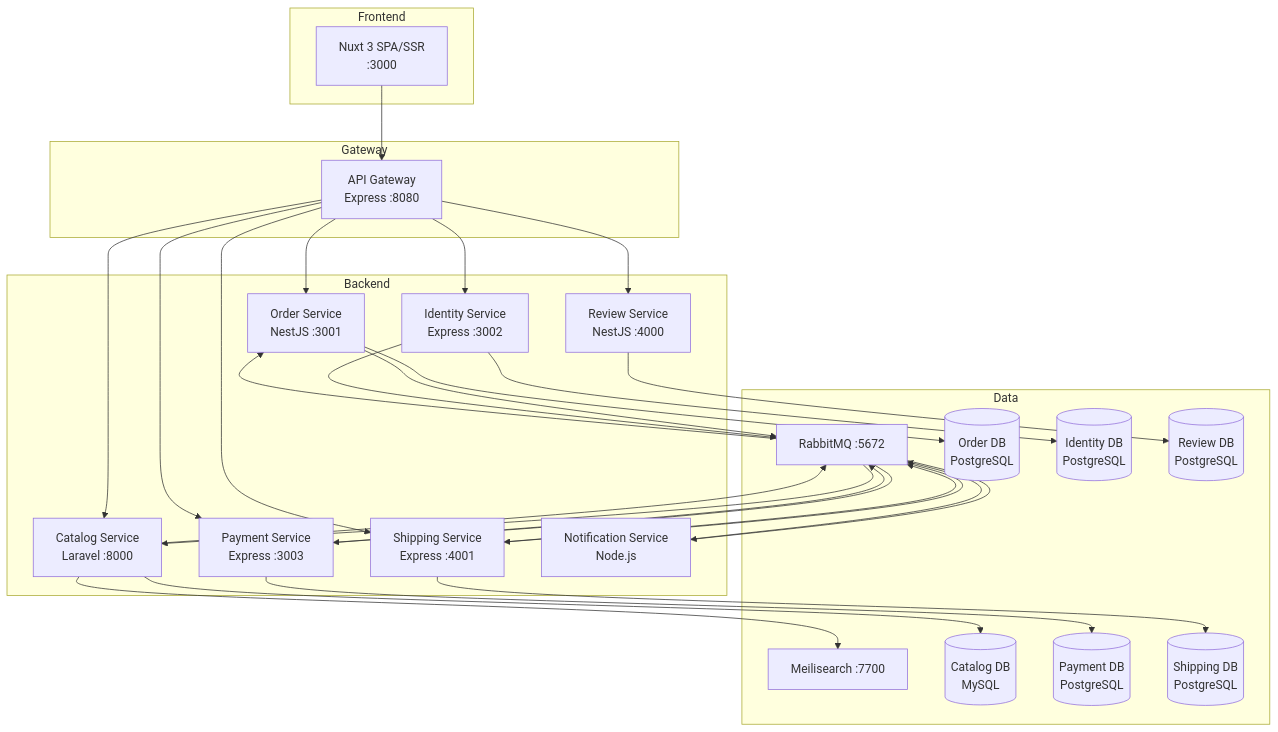
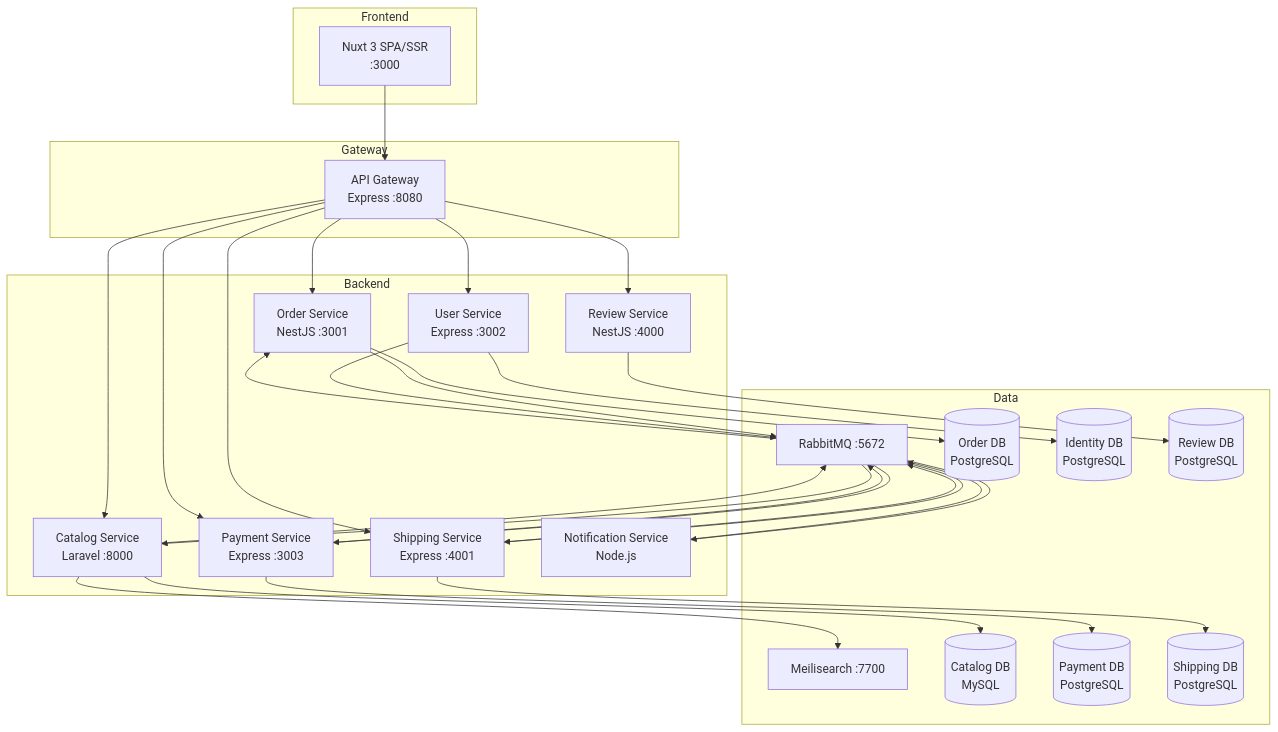
Before and after one commit to huynguyen1310/ecommerce-ddd: the first of 3 diagrams in README.md, drawn with Mermaid. The commit also changed 21 other files, not shown here.

````diff
--- a/README.md
+++ b/README.md
@@ -7,47 +7,47 @@
 ```mermaid
 graph TB
   subgraph Frontend
     NUXT["Nuxt 3 SPA/SSR<br/>:3000"]
   end
 
   subgraph Gateway
     APIGW["API Gateway<br/>Express :8080"]
   end
 
   subgraph Backend
     ORDER["Order Service<br/>NestJS :3001"]
     CAT["Catalog Service<br/>Laravel :8000"]
-    ID["Identity Service<br/>Express :3002"]
+    ID["User Service<br/>Express :3002"]
     PAY["Payment Service<br/>Express :3003"]
     RVW["Review Service<br/>NestJS :4000"]
     SHP["Shipping Service<br/>Express :4001"]
     NOTIF["Notification Service<br/>Node.js"]
   end
 
   subgraph Data
     RABBIT["RabbitMQ :5672"]
     MEILI["Meilisearch :7700"]
     MYSQL[("Catalog DB<br/>MySQL")]
     PG1[("Order DB<br/>PostgreSQL")]
     PG2[("Identity DB<br/>PostgreSQL")]
     PG3[("Payment DB<br/>PostgreSQL")]
     PG4[("Review DB<br/>PostgreSQL")]
     PG5[("Shipping DB<br/>PostgreSQL")]
   end
 
   NUXT --> APIGW
   APIGW --> ORDER & CAT & ID & PAY & RVW & SHP
   ORDER --> RABBIT
   CAT --> RABBIT & MEILI
   ID --> RABBIT
   PAY --> RABBIT
   SHP --> RABBIT
   NOTIF --> RABBIT
   RABBIT --> CAT & PAY & NOTIF & ORDER & SHP
   ORDER --> PG1
   CAT --> MYSQL
   ID --> PG2
   PAY --> PG3
   RVW --> PG4
   SHP --> PG5
 ```
````
